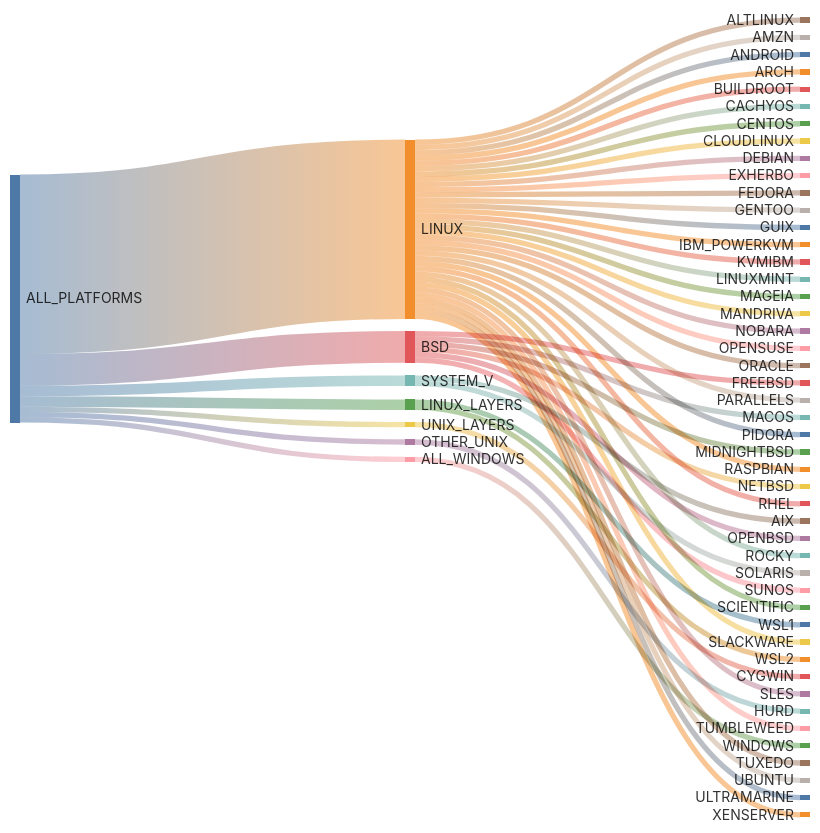
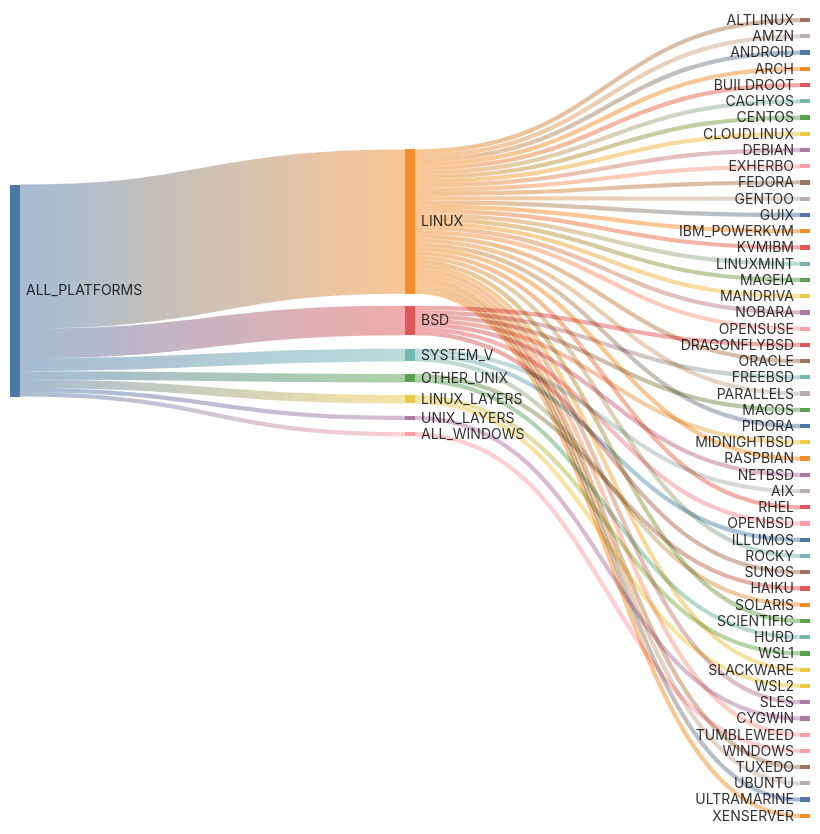
The first of 2 diagrams in docs/platforms.md (kdeldycke/extra-platforms), drawn with Mermaid before and after one commit. The commit also changed other lines of this file and 13 other files, not shown here.

Commit message:
Add new `DRAGONFLY_BSD`, `HAIKU` and `ILLUMOS` platforms

````diff
--- a/docs/platforms.md
+++ b/docs/platforms.md
@@ -140,61 +143,64 @@
 ```mermaid
 ---
 config: {"sankey": {"showValues": false, "width": 800, "height": 800}}
 ---
 sankey-beta
 
 ALL_PLATFORMS,LINUX,34
-ALL_PLATFORMS,BSD,6
-ALL_PLATFORMS,SYSTEM_V,2
+ALL_PLATFORMS,BSD,7
+ALL_PLATFORMS,SYSTEM_V,3
+ALL_PLATFORMS,OTHER_UNIX,2
 ALL_PLATFORMS,LINUX_LAYERS,2
 ALL_PLATFORMS,UNIX_LAYERS,1
-ALL_PLATFORMS,OTHER_UNIX,1
 ALL_PLATFORMS,ALL_WINDOWS,1
 LINUX,ALTLINUX,1
 LINUX,AMZN,1
 LINUX,ANDROID,1
 LINUX,ARCH,1
 LINUX,BUILDROOT,1
 LINUX,CACHYOS,1
 LINUX,CENTOS,1
 LINUX,CLOUDLINUX,1
 LINUX,DEBIAN,1
 LINUX,EXHERBO,1
 LINUX,FEDORA,1
 LINUX,GENTOO,1
 LINUX,GUIX,1
 LINUX,IBM_POWERKVM,1
 LINUX,KVMIBM,1
 LINUX,LINUXMINT,1
 LINUX,MAGEIA,1
 LINUX,MANDRIVA,1
 LINUX,NOBARA,1
 LINUX,OPENSUSE,1
 LINUX,ORACLE,1
 LINUX,PARALLELS,1
 LINUX,PIDORA,1
 LINUX,RASPBIAN,1
 LINUX,RHEL,1
 LINUX,ROCKY,1
 LINUX,SCIENTIFIC,1
 LINUX,SLACKWARE,1
 LINUX,SLES,1
 LINUX,TUMBLEWEED,1
 LINUX,TUXEDO,1
 LINUX,UBUNTU,1
 LINUX,ULTRAMARINE,1
 LINUX,XENSERVER,1
+BSD,DRAGONFLYBSD,1
 BSD,FREEBSD,1
 BSD,MACOS,1
 BSD,MIDNIGHTBSD,1
 BSD,NETBSD,1
 BSD,OPENBSD,1
 BSD,SUNOS,1
 SYSTEM_V,AIX,1
+SYSTEM_V,ILLUMOS,1
 SYSTEM_V,SOLARIS,1
+OTHER_UNIX,HAIKU,1
+OTHER_UNIX,HURD,1
 LINUX_LAYERS,WSL1,1
 LINUX_LAYERS,WSL2,1
 UNIX_LAYERS,CYGWIN,1
-OTHER_UNIX,HURD,1
 ALL_WINDOWS,WINDOWS,1
 ```
````
